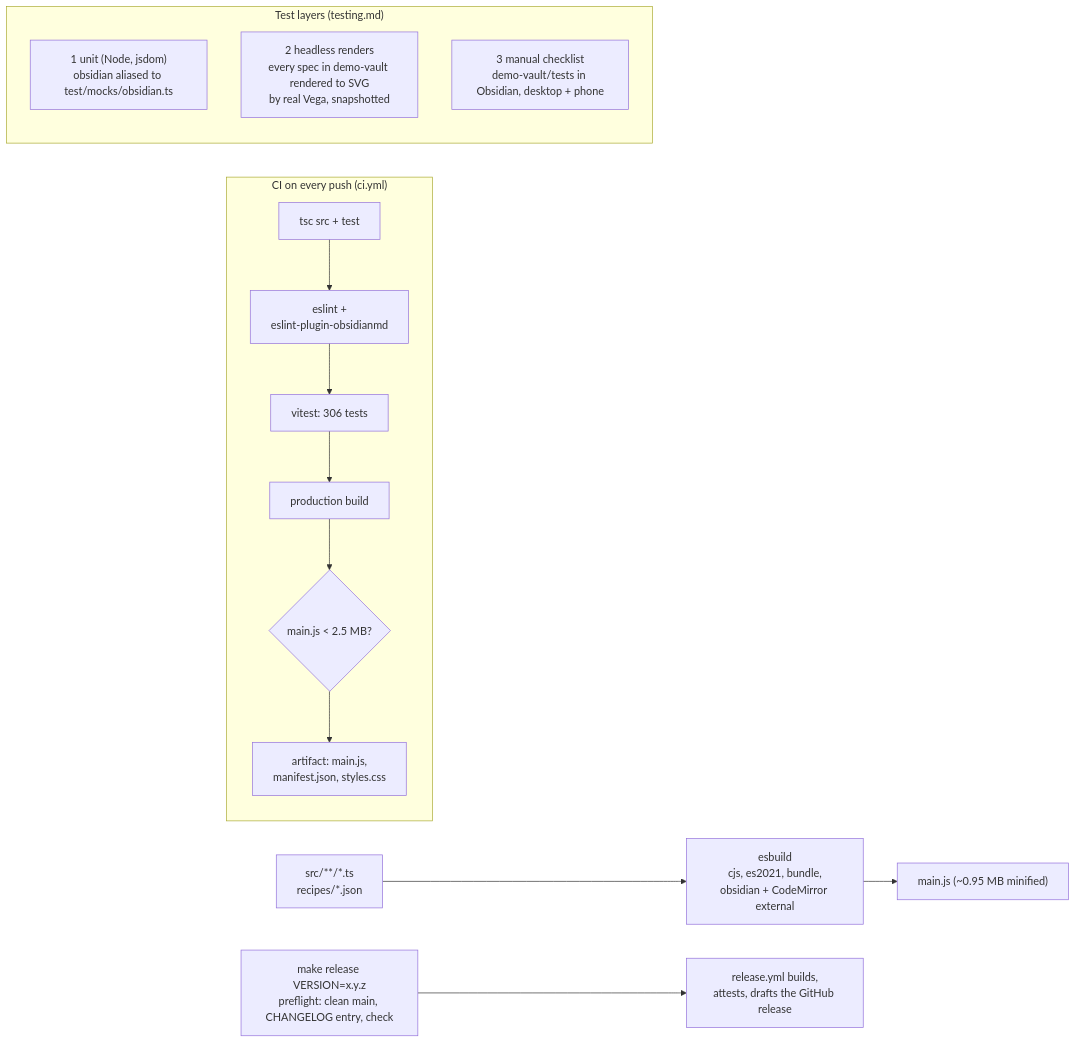
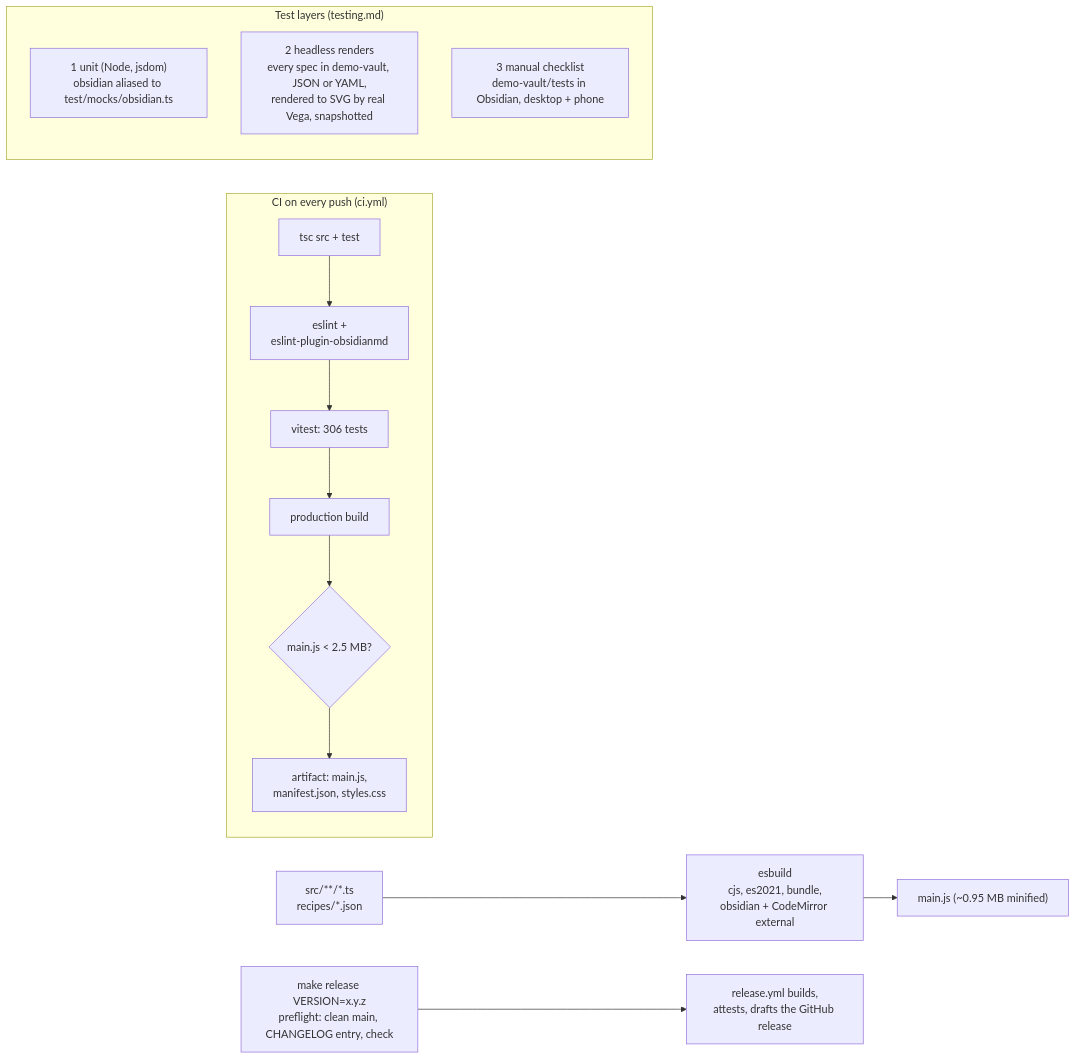
Diagram 13 of 13 in docs/architecture.md (Casyfill/Agate), drawn with Mermaid before and after one commit. The commit also changed other lines of this file and 2 other files, not shown here.

First line of the commit message:
Docs: bring architecture review and changelog up to date

````diff
--- a/docs/architecture.md
+++ b/docs/architecture.md
@@ -486,14 +489,14 @@
 ```mermaid
 flowchart LR
   SRC["src/**/*.ts<br/>recipes/*.json"] --> ESB["esbuild<br/>cjs, es2021, bundle,<br/>obsidian + CodeMirror external"]
   ESB --> MJ["main.js (~0.95 MB minified)"]
   subgraph CI["CI on every push (ci.yml)"]
     TC["tsc src + test"] --> LINT["eslint +<br/>eslint-plugin-obsidianmd"] --> VT["vitest: 306 tests"] --> BUILD["production build"] --> SIZE{"main.js < 2.5 MB?"} --> ART["artifact: main.js,<br/>manifest.json, styles.css"]
   end
   subgraph TESTS["Test layers (testing.md)"]
     L1["1 unit (Node, jsdom)<br/>obsidian aliased to test/mocks/obsidian.ts"]
-    L2["2 headless renders<br/>every spec in demo-vault rendered to SVG<br/>by real Vega, snapshotted"]
+    L2["2 headless renders<br/>every spec in demo-vault, JSON or YAML,<br/>rendered to SVG by real Vega, snapshotted"]
     L3["3 manual checklist<br/>demo-vault/tests in Obsidian, desktop + phone"]
   end
   TAG["make release VERSION=x.y.z<br/>preflight: clean main, CHANGELOG entry, check"] --> REL["release.yml builds,<br/>attests, drafts the GitHub release"]
 ```
````
